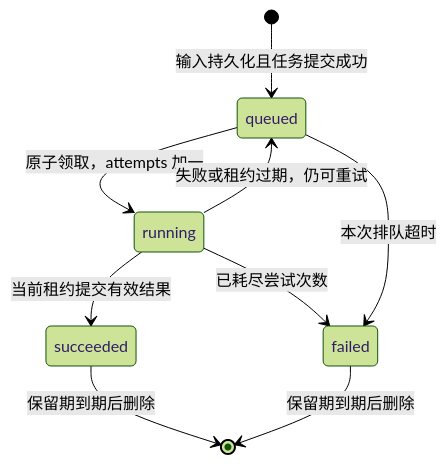
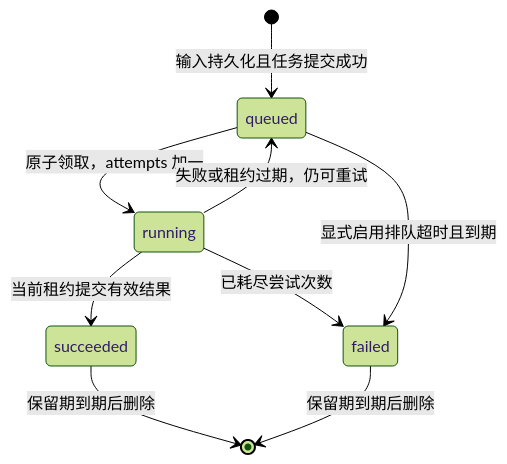
One commit to zhanghx0905/MinerU-Parse-Service changed the third of 3 diagrams in docs/scheduling.md. Above: the diagram before and after it, drawn with Mermaid (forest theme). The commit also changed other lines of this file and 37 other files, not shown here.

````diff
--- a/docs/scheduling.md
+++ b/docs/scheduling.md
@@ -128,11 +118,11 @@
 ```mermaid
 stateDiagram-v2
     [*] --> queued: 输入持久化且任务提交成功
     queued --> running: 原子领取，attempts 加一
     running --> succeeded: 当前租约提交有效结果
     running --> queued: 失败或租约过期，仍可重试
     running --> failed: 已耗尽尝试次数
-    queued --> failed: 本次排队超时
+    queued --> failed: 显式启用排队超时且到期
     succeeded --> [*]: 保留期到期后删除
     failed --> [*]: 保留期到期后删除
 ```
````
